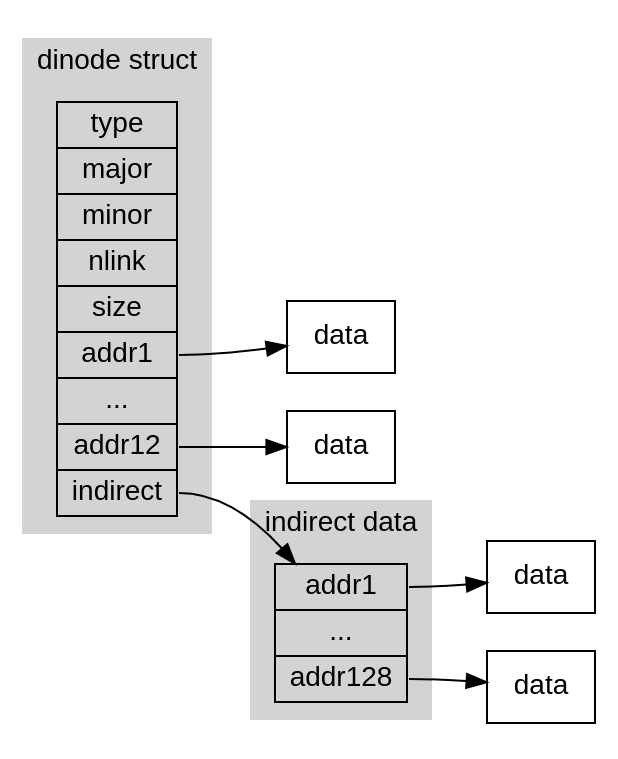
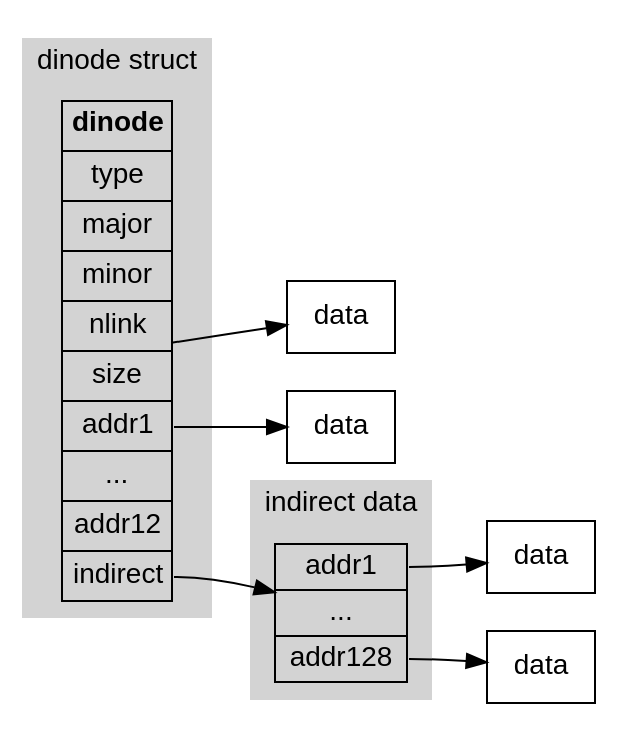
One commit to Jeanhwea/xv6-course changed the diagram in img/dinode.dot. Above: the diagram before and after it, drawn with Graphviz.

```diff
--- a/img/dinode.dot
+++ b/img/dinode.dot
@@ -1,60 +1,74 @@
 digraph {
   fontname="Helvetica,Arial,sans-serif"
   node [fontname="Helvetica,Arial,sans-serif"];
   edge [fontname="Helvetica,Arial,sans-serif"];
   ratio = auto
   graph [
     rankdir = "LR"
   ];
   subgraph cluster_dinode {
     label = "dinode struct"
     style = filled
     color = lightgray
     dinode [
-      label = "type|major|minor|nlink|size|<f1>addr1|...|<f2>addr12|<f3>indirect"
-      shape = "record"
+      label=<
+        <table border="0" cellborder="1" cellspacing="0" cellpadding="4">
+          <tr><td><b>dinode</b></td></tr>
+          <tr><td>type</td></tr>
+          <tr><td>major</td></tr>
+          <tr><td>minor</td></tr>
+          <tr><td>nlink</td></tr>
+          <tr><td>size</td></tr>
+          <tr><td port="f1">addr1</td></tr>
+          <tr><td>...</td></tr>
+          <tr><td port="f1">addr12</td></tr>
+          <tr><td port="f3">indirect</td></tr>
+        </table>
+      >
+      shape=plain
     ];
+
     // dinode:s -> dinode_text [style="invis"];
     // dinode_text [
     //   label = "dinode"
     //   shape = none
     // ];
   }
   dinode:f1 -> data01;
   data01 [
     label = "data"
     shape = "record"
   ];
   dinode:f2 -> data12;
   data12 [
     label = "data"
     shape = "record"
   ];
 
   subgraph cluster_indrnode {
     label = "indirect data"
     style = filled
     color = lightgray
     indrnode [
       label = "<f1>addr1|...|<f2>addr128"
       shape = "record"
     ];
     dinode:f3 -> indrnode;
     // indrnode:s -> indrnode0 [style="invis"];
     // indrnode0 [
     //   label = "indirect data"
     //   shape = none
     // ];
   }
 
   indrnode:f1 -> idata01;
   idata01 [
     label = "data"
     shape = "record"
   ];
   indrnode:f2 -> idata128;
   idata128 [
     label = "data"
     shape = "record"
   ];
 }
```
